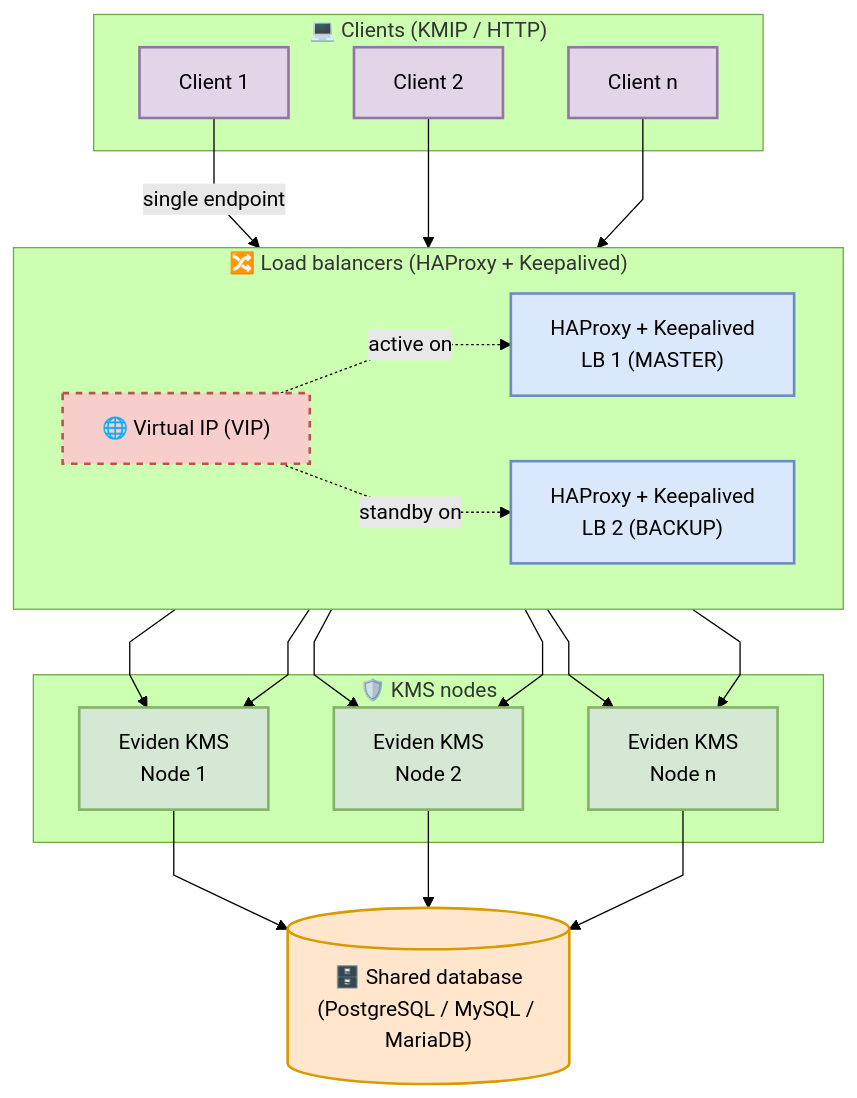
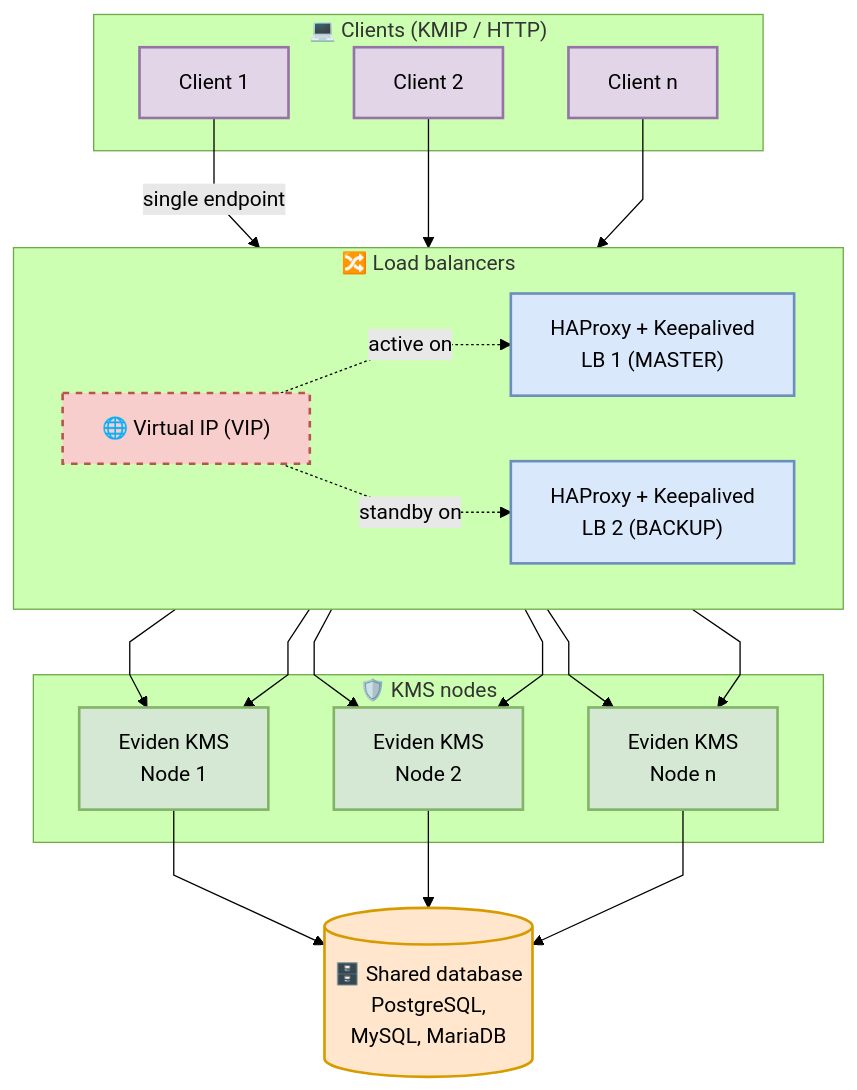
Before and after one commit to Cosmian/kms: the diagram in documentation/docs/installation/haproxy_keepalived.md, drawn with Mermaid (forest theme). The commit also changed 2 other files, not shown here.

Commit message:
docs: wrap the Mermaid labels to the repository width limits (#1366)
Follow the label width rules of .github/instructions/mermaid.instructions.md:
node labels of at most 26 characters per line, subgraph titles of one line of at
most 30, edge labels of at most 24, wrapped sequence messages and notes. No
change of meaning.

````diff
--- a/documentation/docs/installation/haproxy_keepalived.md
+++ b/documentation/docs/installation/haproxy_keepalived.md
@@ -19,42 +19,42 @@
 ```mermaid
 %%{init: {"flowchart": {"curve": "linear"}}}%%
 flowchart TB
     %% Styling (reuses the same palette as the previous diagram version)
     classDef client fill:#e1d5e7,stroke:#9673a6,stroke-width:2px,color:#000
     classDef vip fill:#f8cecc,stroke:#b85450,stroke-width:2px,stroke-dasharray: 5 5,color:#000
     classDef lb fill:#dae8fc,stroke:#6c8ebf,stroke-width:2px,color:#000
     classDef kms fill:#d5e8d4,stroke:#82b366,stroke-width:2px,color:#000
     classDef db fill:#ffe6cc,stroke:#d79b00,stroke-width:2px,color:#000
 
     subgraph clients_group["💻 Clients (KMIP / HTTP)"]
         client1["Client 1"]:::client
         client2["Client 2"]:::client
         clientN["Client n"]:::client
     end
 
-    subgraph lb_cluster["🔀 Load balancers (HAProxy + Keepalived)"]
+    subgraph lb_cluster["🔀 Load balancers"]
         direction LR
         vip["🌐 Virtual IP (VIP)"]:::vip
         lb1["HAProxy + Keepalived<br/>LB 1 (MASTER)"]:::lb
         lb2["HAProxy + Keepalived<br/>LB 2 (BACKUP)"]:::lb
     end
 
     subgraph kms_cluster["🛡️ KMS nodes"]
         node1["Eviden KMS<br/>Node 1"]:::kms
         node2["Eviden KMS<br/>Node 2"]:::kms
         nodeN["Eviden KMS<br/>Node n"]:::kms
     end
 
-    db[("🗄️ Shared database<br/>(PostgreSQL / MySQL / MariaDB)")]:::db
+    db[("🗄️ Shared database<br/>PostgreSQL,<br/>MySQL, MariaDB")]:::db
 
     client1 -->|single endpoint| vip
     client2 --> vip
     clientN --> vip
 
     vip -.->|active on| lb1
     vip -.->|standby on| lb2
 
     lb1 --> node1 & node2 & nodeN
     lb2 --> node1 & node2 & nodeN
     node1 & node2 & nodeN --> db
 ```
````
